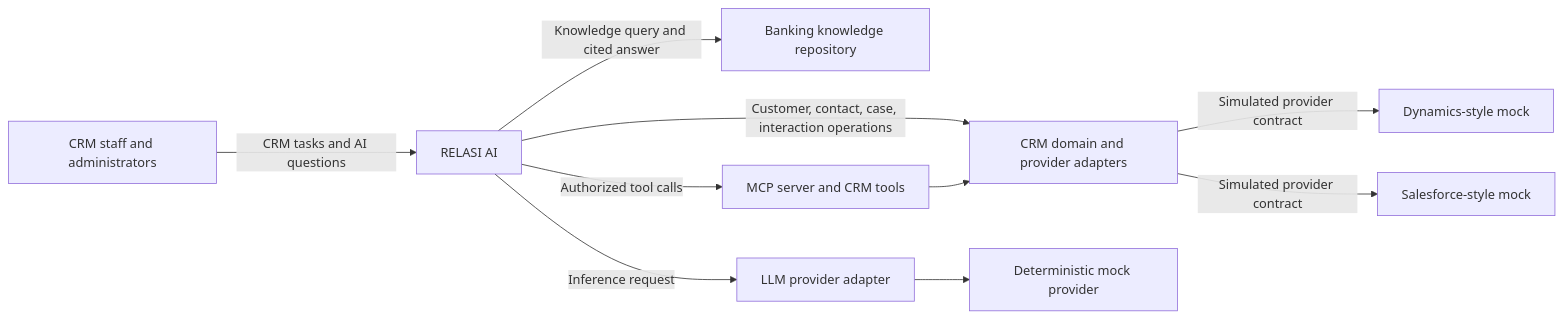
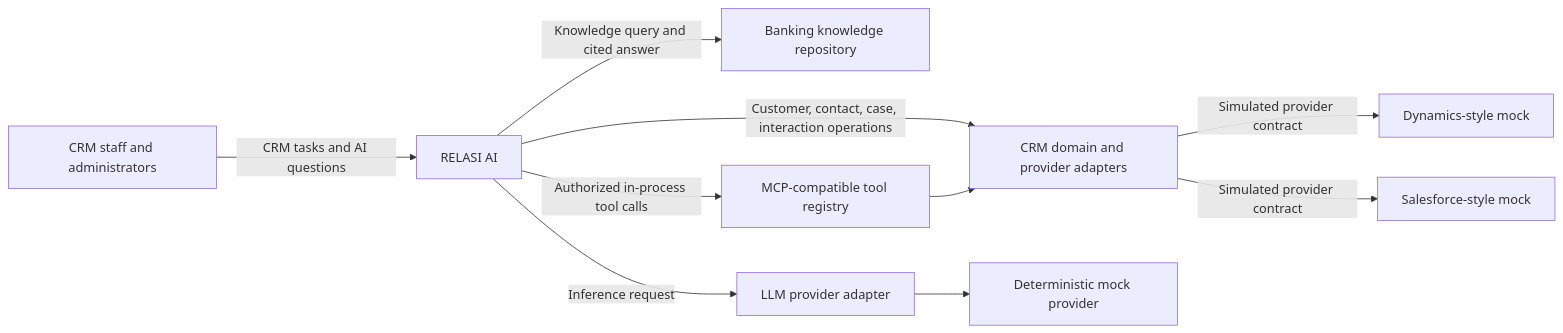
Before and after one commit to pauluswi/relasi-ai: the first of 5 diagrams in docs/arc42.md, drawn with Mermaid. The commit also changed other lines of this file and 3 other files, not shown here.

````diff
--- a/docs/arc42.md
+++ b/docs/arc42.md
@@ -63,12 +64,12 @@
 ```mermaid
 flowchart LR
     Staff[CRM staff and administrators] -->|CRM tasks and AI questions| Relasi[RELASI AI]
     Relasi -->|Customer, contact, case, interaction operations| CRM[CRM domain and provider adapters]
     CRM -->|Simulated provider contract| Dynamics[Dynamics-style mock]
     CRM -->|Simulated provider contract| Salesforce[Salesforce-style mock]
     Relasi -->|Knowledge query and cited answer| Knowledge[Banking knowledge repository]
-    Relasi -->|Authorized tool calls| MCP[MCP server and CRM tools]
+    Relasi -->|Authorized in-process tool calls| MCP[MCP-compatible tool registry]
     MCP --> CRM
     Relasi -->|Inference request| LLM[LLM provider adapter]
     LLM --> MockLLM[Deterministic mock provider]
 ```
````
